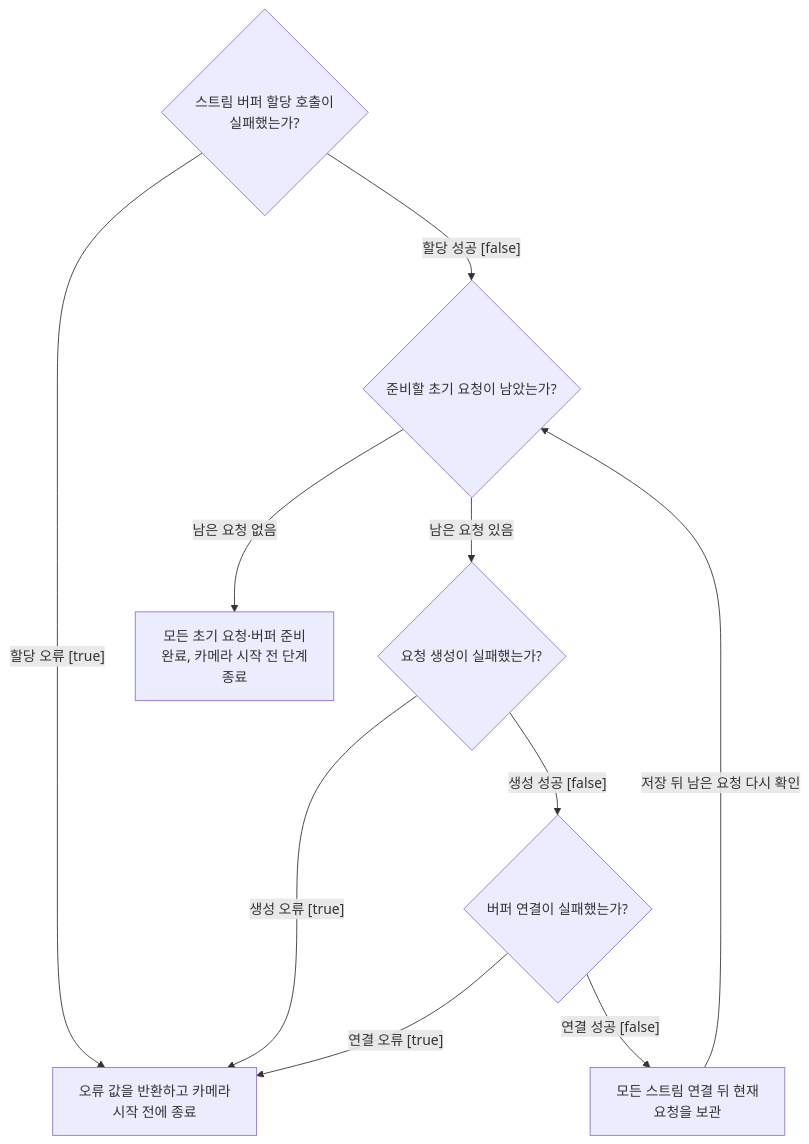
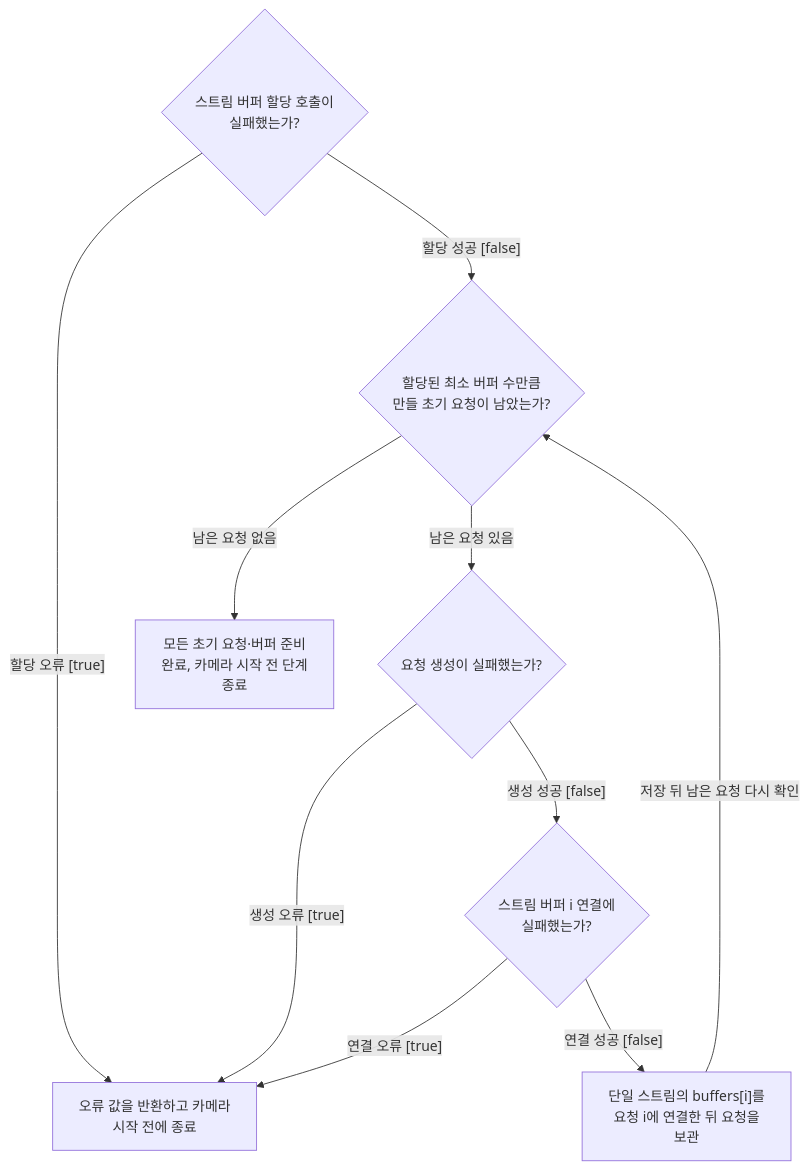
One commit to TTolsun/libcamera-sdd changed the diagram in docs/official-cam-validation.submission-gate.mmd. Above: the diagram before and after it, drawn with Mermaid. The commit also changed 125 other files, not shown here.

```diff
--- a/docs/official-cam-validation.submission-gate.mmd
+++ b/docs/official-cam-validation.submission-gate.mmd
@@ -1,18 +1,18 @@
 flowchart TB
-%% sdd:translations {"남은 요청 없음": "No requests left", "남은 요청 있음": "Requests left", "모든 스트림 연결 뒤 현재 <br/>요청을 보관": "After all streams attach, <br/>keep the current request", "모든 초기 요청·버퍼 준비 <br/>완료, 카메라 시작 전 단계 <br/>종료": "All initial requests and <br/>buffers ready before camera <br/>start", "버퍼 연결이 실패했는가?": "Did attaching the buffer <br/>fail?", "생성 성공 #91;false#93;": "Create OK #91;false#93;", "생성 오류 #91;true#93;": "Create error #91;true#93;", "스트림 버퍼 할당 호출이 <br/>실패했는가?": "Did the stream buffer <br/>allocation call fail?", "연결 성공 #91;false#93;": "Attach OK #91;false#93;", "연결 오류 #91;true#93;": "Attach error #91;true#93;", "오류 값을 반환하고 카메라 <br/>시작 전에 종료": "Return the error value and <br/>end before camera start", "요청 생성이 실패했는가?": "Did request creation fail?", "저장 뒤 남은 요청 다시 확인": "Stored: recheck left", "준비할 초기 요청이 남았는가?": "Are there initial requests <br/>left to prepare?", "할당 성공 #91;false#93;": "Alloc OK #91;false#93;", "할당 오류 #91;true#93;": "Alloc error #91;true#93;"}
+%% sdd:translations {"남은 요청 없음": "No requests left", "남은 요청 있음": "Requests left", "단일 스트림의 buffers#91;i#93;를 <br/>요청 i에 연결한 뒤 요청을 <br/>보관": "Keep request i after <br/>attaching sole stream#39;s <br/>buffers#91;i#93;", "모든 초기 요청·버퍼 준비 <br/>완료, 카메라 시작 전 단계 <br/>종료": "All initial requests and <br/>buffers ready before camera <br/>start", "생성 성공 #91;false#93;": "Create OK #91;false#93;", "생성 오류 #91;true#93;": "Create error #91;true#93;", "스트림 버퍼 i 연결에 <br/>실패했는가?": "Failed to attach stream <br/>buffer i?", "스트림 버퍼 할당 호출이 <br/>실패했는가?": "Did the stream buffer <br/>allocation call fail?", "연결 성공 #91;false#93;": "Attach OK #91;false#93;", "연결 오류 #91;true#93;": "Attach error #91;true#93;", "오류 값을 반환하고 카메라 <br/>시작 전에 종료": "Return the error value and <br/>end before camera start", "요청 생성이 실패했는가?": "Did request creation fail?", "저장 뒤 남은 요청 다시 확인": "Stored: recheck left", "할당 성공 #91;false#93;": "Alloc OK #91;false#93;", "할당 오류 #91;true#93;": "Alloc error #91;true#93;", "할당된 최소 버퍼 수만큼 <br/>만들 초기 요청이 남았는가?": "Requests left to make up to <br/>the minimum buffer count?"}
   v_alloc_check{"스트림 버퍼 할당 호출이 <br/>실패했는가?"}
   v_err_return["오류 값을 반환하고 카메라 <br/>시작 전에 종료"]
-  v_more_requests{"준비할 초기 요청이 남았는가?"}
+  v_more_requests{"할당된 최소 버퍼 수만큼 <br/>만들 초기 요청이 남았는가?"}
   v_create_req{"요청 생성이 실패했는가?"}
-  v_attach_buf{"버퍼 연결이 실패했는가?"}
-  v_store_req["모든 스트림 연결 뒤 현재 <br/>요청을 보관"]
+  v_attach_buf{"스트림 버퍼 i 연결에 <br/>실패했는가?"}
+  v_store_req["단일 스트림의 buffers#91;i#93;를 <br/>요청 i에 연결한 뒤 요청을 <br/>보관"]
   v_ready_done["모든 초기 요청·버퍼 준비 <br/>완료, 카메라 시작 전 단계 <br/>종료"]
   v_alloc_check -->|"할당 오류 #91;true#93;"| v_err_return
   v_alloc_check -->|"할당 성공 #91;false#93;"| v_more_requests
   v_more_requests -->|"남은 요청 있음"| v_create_req
   v_more_requests -->|"남은 요청 없음"| v_ready_done
   v_create_req -->|"생성 오류 #91;true#93;"| v_err_return
   v_create_req -->|"생성 성공 #91;false#93;"| v_attach_buf
   v_attach_buf -->|"연결 오류 #91;true#93;"| v_err_return
   v_attach_buf -->|"연결 성공 #91;false#93;"| v_store_req
   v_store_req -->|"저장 뒤 남은 요청 다시 확인"| v_more_requests
```
